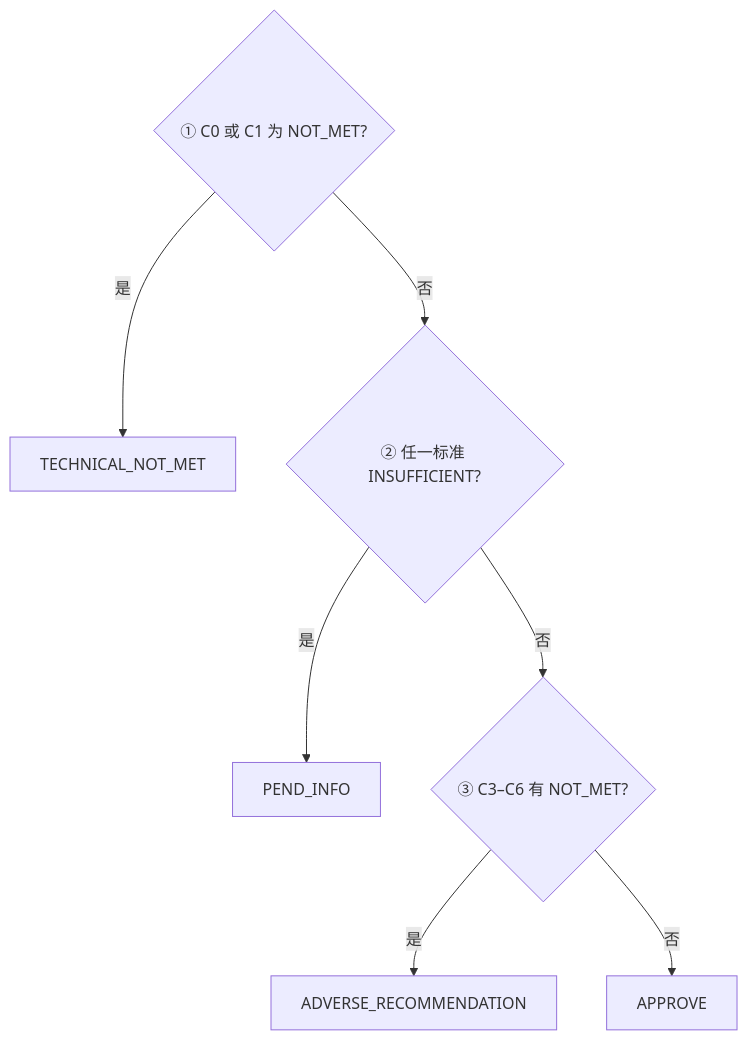
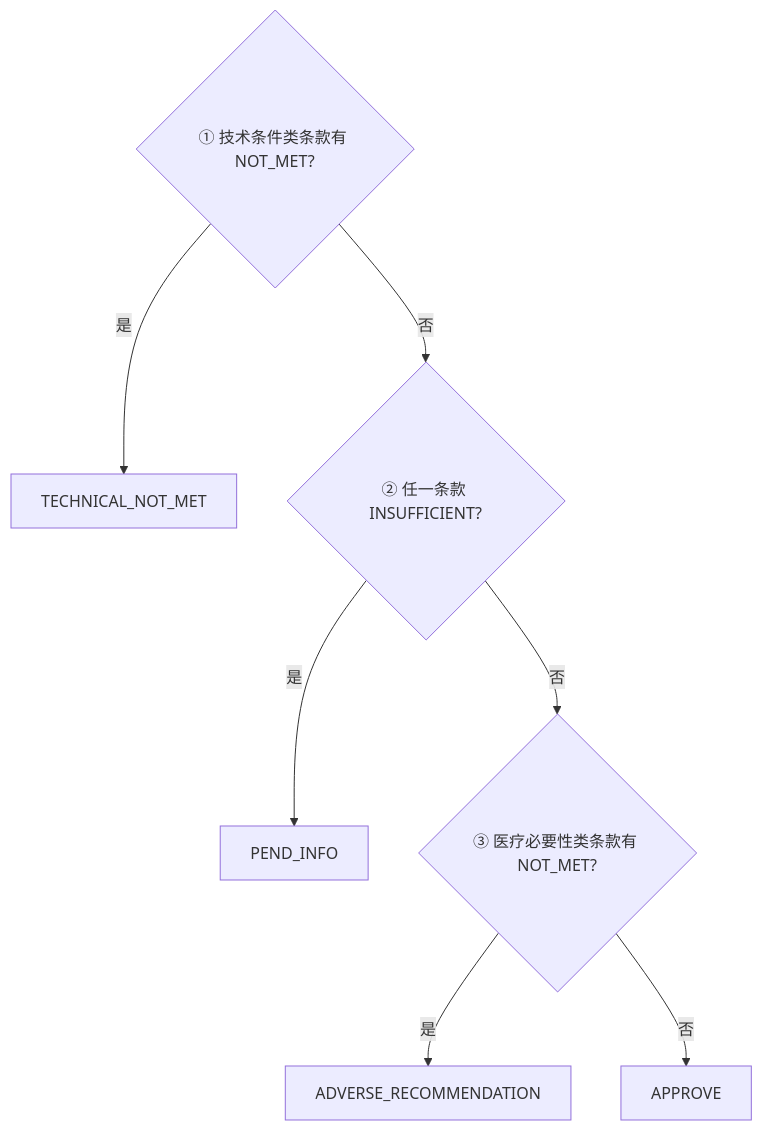
Before and after one commit to cherry-nancy/claims_agentic_system: the eighth of 11 diagrams in plan/snf_pa_consensus_work_plan_1025.md, drawn with Mermaid. The commit also changed other lines of this file and 33 other files, not shown here.

````diff
--- a/plan/snf_pa_consensus_work_plan_1025.md
+++ b/plan/snf_pa_consensus_work_plan_1025.md
@@ -471,9 +524,9 @@
 ```mermaid
 flowchart TD
-  A{"① C0 或 C1 为 NOT_MET?"} -- 是 --> T["TECHNICAL_NOT_MET"]
-  A -- 否 --> B{"② 任一标准 INSUFFICIENT?"}
+  A{"① 技术条件类条款有 NOT_MET?"} -- 是 --> T["TECHNICAL_NOT_MET"]
+  A -- 否 --> B{"② 任一条款 INSUFFICIENT?"}
   B -- 是 --> P["PEND_INFO"]
-  B -- 否 --> C{"③ C3–C6 有 NOT_MET?"}
+  B -- 否 --> C{"③ 医疗必要性类条款有 NOT_MET?"}
   C -- 是 --> AD["ADVERSE_RECOMMENDATION"]
   C -- 否 --> AP["APPROVE"]
 ```
````
